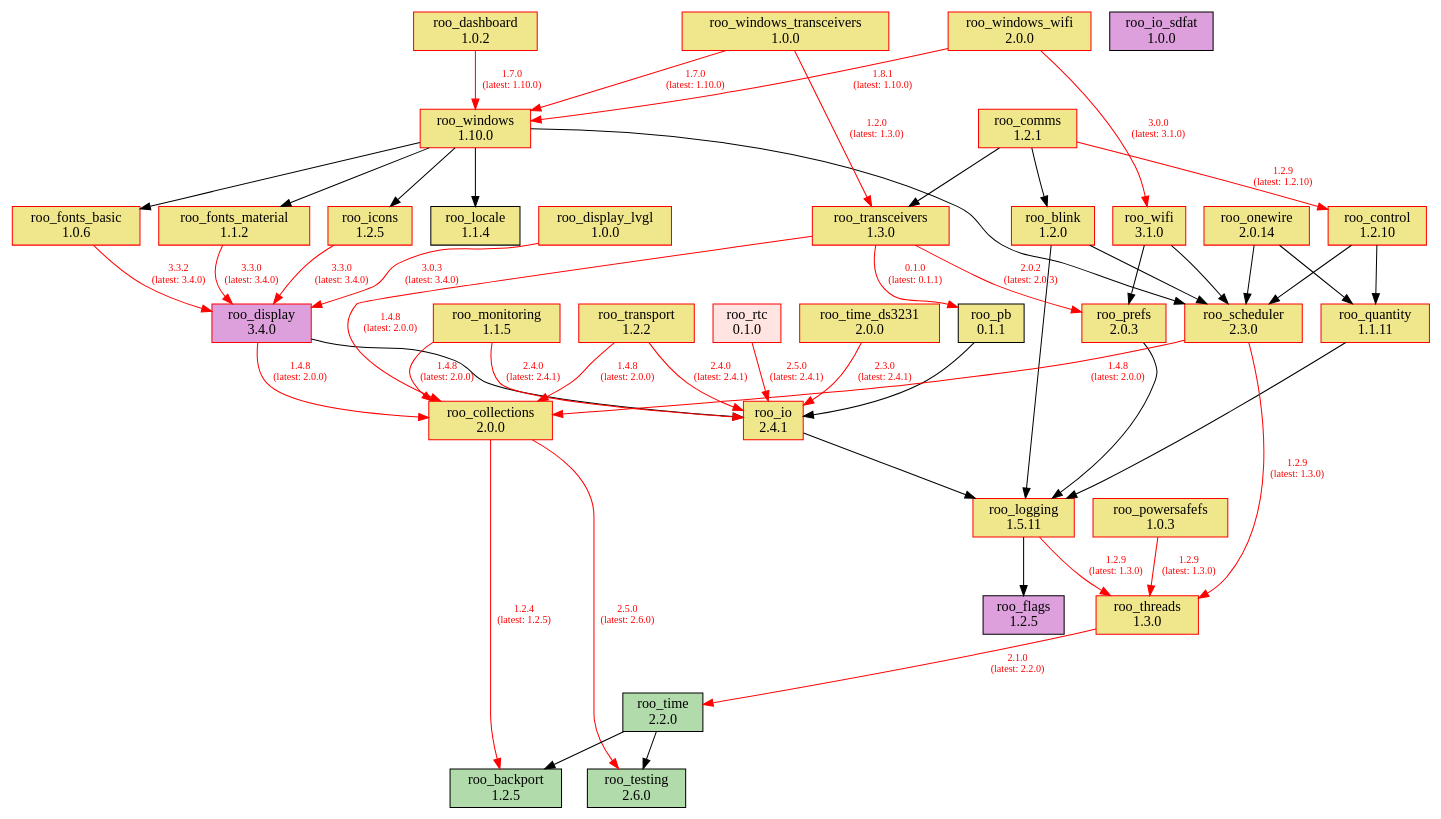
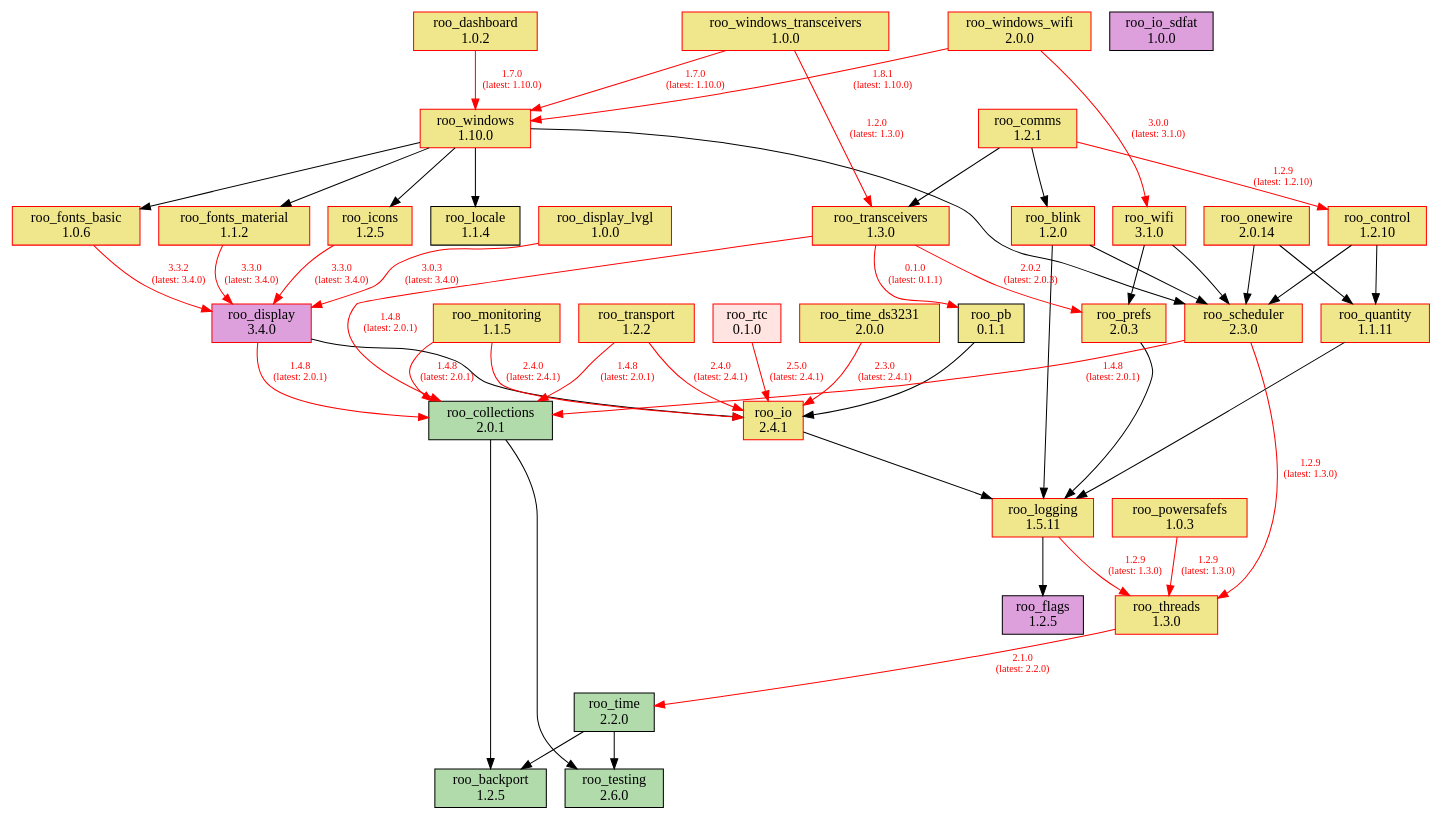
One commit to dejwk/roo-registry changed the diagram in doc/dependencies.dot. Above: the diagram before and after it, drawn with Graphviz. The commit also changed 3 other files, not shown here.

Commit message:
Added roo_collections 2.0.1 to the registry.

```diff
--- a/doc/dependencies.dot
+++ b/doc/dependencies.dot
@@ -1,93 +1,93 @@
 digraph dependencies {
     rankdir=TB;
     node [shape=box, style=filled];
     edge [fontsize=10];
 
     // Modules
     "roo_backport" [label="roo_backport\n1.2.5", fillcolor="#b1dbab", color="black"];
     "roo_blink" [label="roo_blink\n1.2.0", fillcolor="khaki", color="red"];
-    "roo_collections" [label="roo_collections\n2.0.0", fillcolor="khaki", color="red"];
+    "roo_collections" [label="roo_collections\n2.0.1", fillcolor="#b1dbab", color="black"];
     "roo_comms" [label="roo_comms\n1.2.1", fillcolor="khaki", color="red"];
     "roo_control" [label="roo_control\n1.2.10", fillcolor="khaki", color="red"];
     "roo_dashboard" [label="roo_dashboard\n1.0.2", fillcolor="khaki", color="red"];
     "roo_display" [label="roo_display\n3.4.0", fillcolor="plum", color="red"];
     "roo_display_lvgl" [label="roo_display_lvgl\n1.0.0", fillcolor="khaki", color="red"];
     "roo_flags" [label="roo_flags\n1.2.5", fillcolor="plum", color="black"];
     "roo_fonts_basic" [label="roo_fonts_basic\n1.0.6", fillcolor="khaki", color="red"];
     "roo_fonts_material" [label="roo_fonts_material\n1.1.2", fillcolor="khaki", color="red"];
     "roo_icons" [label="roo_icons\n1.2.5", fillcolor="khaki", color="red"];
     "roo_io" [label="roo_io\n2.4.1", fillcolor="khaki", color="red"];
     "roo_io_sdfat" [label="roo_io_sdfat\n1.0.0", fillcolor="plum", color="black"];
     "roo_locale" [label="roo_locale\n1.1.4", fillcolor="khaki", color="black"];
     "roo_logging" [label="roo_logging\n1.5.11", fillcolor="khaki", color="red"];
     "roo_monitoring" [label="roo_monitoring\n1.1.5", fillcolor="khaki", color="red"];
     "roo_onewire" [label="roo_onewire\n2.0.14", fillcolor="khaki", color="red"];
     "roo_pb" [label="roo_pb\n0.1.1", fillcolor="khaki", color="black"];
     "roo_powersafefs" [label="roo_powersafefs\n1.0.3", fillcolor="khaki", color="red"];
     "roo_prefs" [label="roo_prefs\n2.0.3", fillcolor="khaki", color="red"];
     "roo_quantity" [label="roo_quantity\n1.1.11", fillcolor="khaki", color="red"];
     "roo_rtc" [label="roo_rtc\n0.1.0", fillcolor="mistyrose", color="red"];
     "roo_scheduler" [label="roo_scheduler\n2.3.0", fillcolor="khaki", color="red"];
     "roo_testing" [label="roo_testing\n2.6.0", fillcolor="#b1dbab", color="black"];
     "roo_threads" [label="roo_threads\n1.3.0", fillcolor="khaki", color="red"];
     "roo_time" [label="roo_time\n2.2.0", fillcolor="#b1dbab", color="black"];
     "roo_time_ds3231" [label="roo_time_ds3231\n2.0.0", fillcolor="khaki", color="red"];
     "roo_transceivers" [label="roo_transceivers\n1.3.0", fillcolor="khaki", color="red"];
     "roo_transport" [label="roo_transport\n1.2.2", fillcolor="khaki", color="red"];
     "roo_wifi" [label="roo_wifi\n3.1.0", fillcolor="khaki", color="red"];
     "roo_windows" [label="roo_windows\n1.10.0", fillcolor="khaki", color="red"];
     "roo_windows_transceivers" [label="roo_windows_transceivers\n1.0.0", fillcolor="khaki", color="red"];
     "roo_windows_wifi" [label="roo_windows_wifi\n2.0.0", fillcolor="khaki", color="red"];
 
     // Dependencies
     "roo_blink" -> "roo_logging";
     "roo_blink" -> "roo_scheduler";
-    "roo_collections" -> "roo_testing" [color=red, fontcolor=red, label="2.5.0\n(latest: 2.6.0)"];
-    "roo_collections" -> "roo_backport" [color=red, fontcolor=red, label="1.2.4\n(latest: 1.2.5)"];
+    "roo_collections" -> "roo_testing";
+    "roo_collections" -> "roo_backport";
     "roo_comms" -> "roo_blink";
     "roo_comms" -> "roo_control" [color=red, fontcolor=red, label="1.2.9\n(latest: 1.2.10)"];
     "roo_comms" -> "roo_transceivers";
     "roo_control" -> "roo_quantity";
     "roo_control" -> "roo_scheduler";
     "roo_dashboard" -> "roo_windows" [color=red, fontcolor=red, label="1.7.0\n(latest: 1.10.0)"];
-    "roo_display" -> "roo_collections" [color=red, fontcolor=red, label="1.4.8\n(latest: 2.0.0)"];
+    "roo_display" -> "roo_collections" [color=red, fontcolor=red, label="1.4.8\n(latest: 2.0.1)"];
     "roo_display" -> "roo_io";
     "roo_display_lvgl" -> "roo_display" [color=red, fontcolor=red, label="3.0.3\n(latest: 3.4.0)"];
     "roo_fonts_basic" -> "roo_display" [color=red, fontcolor=red, label="3.3.2\n(latest: 3.4.0)"];
     "roo_fonts_material" -> "roo_display" [color=red, fontcolor=red, label="3.3.0\n(latest: 3.4.0)"];
     "roo_icons" -> "roo_display" [color=red, fontcolor=red, label="3.3.0\n(latest: 3.4.0)"];
     "roo_io" -> "roo_logging";
     "roo_logging" -> "roo_flags";
     "roo_logging" -> "roo_threads" [color=red, fontcolor=red, label="1.2.9\n(latest: 1.3.0)"];
-    "roo_monitoring" -> "roo_collections" [color=red, fontcolor=red, label="1.4.8\n(latest: 2.0.0)"];
+    "roo_monitoring" -> "roo_collections" [color=red, fontcolor=red, label="1.4.8\n(latest: 2.0.1)"];
     "roo_monitoring" -> "roo_io" [color=red, fontcolor=red, label="2.4.0\n(latest: 2.4.1)"];
     "roo_onewire" -> "roo_scheduler";
     "roo_onewire" -> "roo_quantity";
     "roo_pb" -> "roo_io";
     "roo_powersafefs" -> "roo_threads" [color=red, fontcolor=red, label="1.2.9\n(latest: 1.3.0)"];
     "roo_prefs" -> "roo_logging";
     "roo_quantity" -> "roo_logging";
     "roo_rtc" -> "roo_io" [color=red, fontcolor=red, label="2.5.0\n(latest: 2.4.1)"];
-    "roo_scheduler" -> "roo_collections" [color=red, fontcolor=red, label="1.4.8\n(latest: 2.0.0)"];
+    "roo_scheduler" -> "roo_collections" [color=red, fontcolor=red, label="1.4.8\n(latest: 2.0.1)"];
     "roo_scheduler" -> "roo_threads" [color=red, fontcolor=red, label="1.2.9\n(latest: 1.3.0)"];
     "roo_threads" -> "roo_time" [color=red, fontcolor=red, label="2.1.0\n(latest: 2.2.0)"];
     "roo_time" -> "roo_testing";
     "roo_time" -> "roo_backport";
     "roo_time_ds3231" -> "roo_io" [color=red, fontcolor=red, label="2.3.0\n(latest: 2.4.1)"];
     "roo_transceivers" -> "roo_pb" [color=red, fontcolor=red, label="0.1.0\n(latest: 0.1.1)"];
-    "roo_transceivers" -> "roo_collections" [color=red, fontcolor=red, label="1.4.8\n(latest: 2.0.0)"];
+    "roo_transceivers" -> "roo_collections" [color=red, fontcolor=red, label="1.4.8\n(latest: 2.0.1)"];
     "roo_transceivers" -> "roo_prefs" [color=red, fontcolor=red, label="2.0.2\n(latest: 2.0.3)"];
-    "roo_transport" -> "roo_collections" [color=red, fontcolor=red, label="1.4.8\n(latest: 2.0.0)"];
+    "roo_transport" -> "roo_collections" [color=red, fontcolor=red, label="1.4.8\n(latest: 2.0.1)"];
     "roo_transport" -> "roo_io" [color=red, fontcolor=red, label="2.4.0\n(latest: 2.4.1)"];
     "roo_wifi" -> "roo_prefs";
     "roo_wifi" -> "roo_scheduler";
     "roo_windows" -> "roo_fonts_basic";
     "roo_windows" -> "roo_fonts_material";
     "roo_windows" -> "roo_locale";
     "roo_windows" -> "roo_icons";
     "roo_windows" -> "roo_scheduler";
     "roo_windows_transceivers" -> "roo_transceivers" [color=red, fontcolor=red, label="1.2.0\n(latest: 1.3.0)"];
     "roo_windows_transceivers" -> "roo_windows" [color=red, fontcolor=red, label="1.7.0\n(latest: 1.10.0)"];
     "roo_windows_wifi" -> "roo_wifi" [color=red, fontcolor=red, label="3.0.0\n(latest: 3.1.0)"];
     "roo_windows_wifi" -> "roo_windows" [color=red, fontcolor=red, label="1.8.1\n(latest: 1.10.0)"];
 }
```
